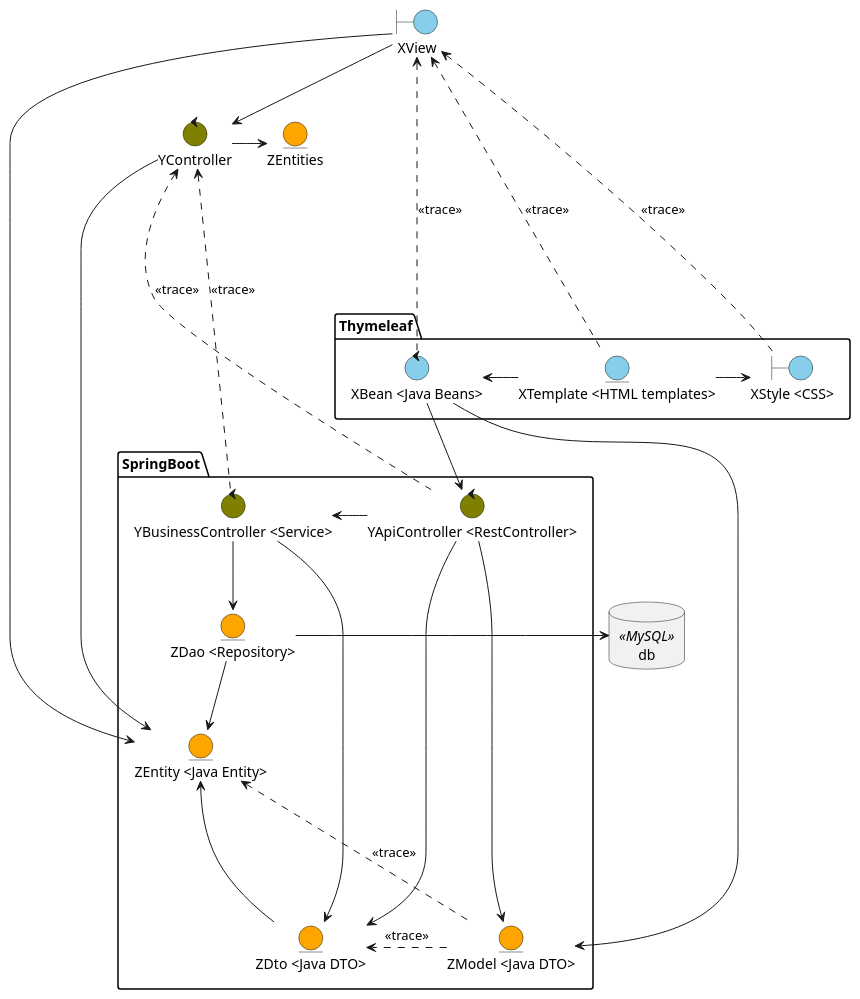
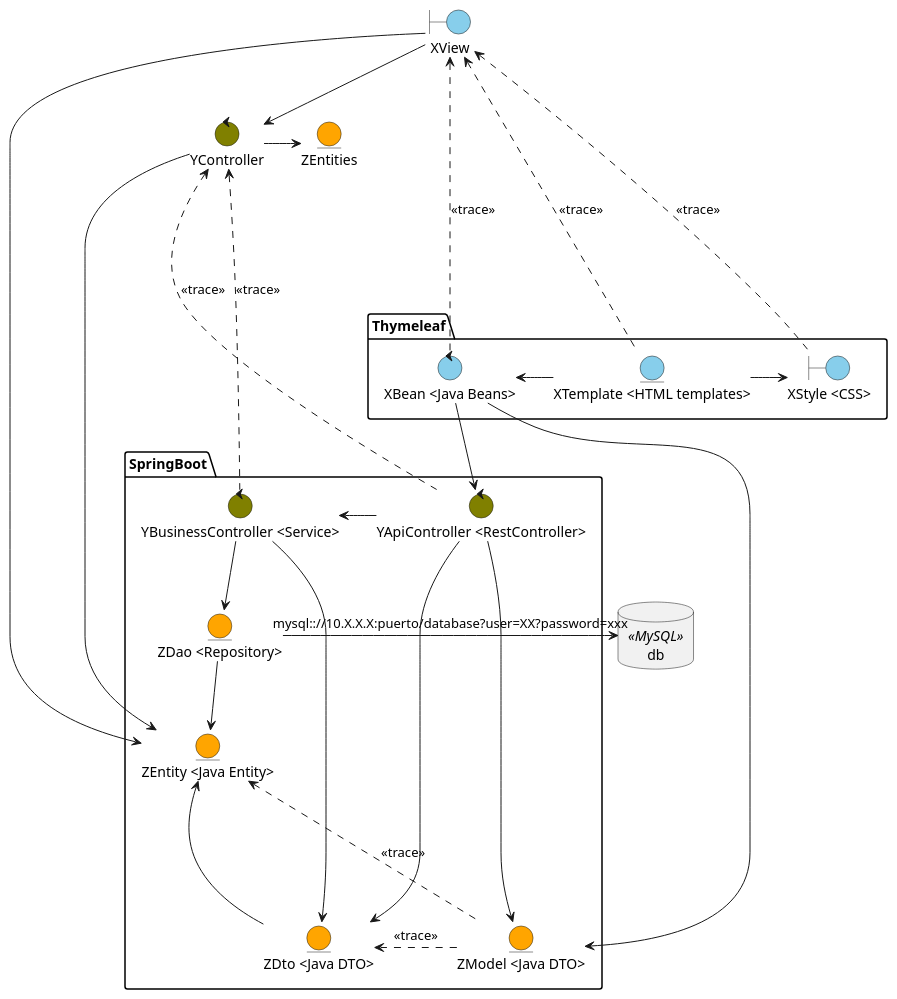
The diagram in documentation/diagrams/2_analysis/useCasesAnalysis/useCasesDesign.puml (zuldare/mastercloud_pfm_halterocms), drawn with PlantUML before and after one commit.

Commit message:
Revisión Luis

```diff
--- a/documentation/diagrams/2_analysis/useCasesAnalysis/useCasesDesign.puml
+++ b/documentation/diagrams/2_analysis/useCasesAnalysis/useCasesDesign.puml
@@ -1,77 +1,72 @@
 @startuml
 'left to right direction
 
 boundary XView #skyblue
 control YController #olive
 entity ZEntities #orange
 
 
 package Thymeleaf {
   entity "XTemplate <HTML templates>" as template #skyblue
   boundary "XStyle <CSS>" as css #skyblue
   control "XBean <Java Beans>" as javaBean #skyblue
 }
 
 package SpringBoot {
 
 '  control "YResource <API REST>  HAY QUE BORRARLO" as apiRest #olive
   control "YApiController <RestController>" as apiController #olive
   control "YBusinessController <Service>" as service  #olive
 
-' AQUI HAY QUE MODIFICAR BIEN ¿Cúal es el dto de entrada
   entity "ZModel <Java DTO>" as zModel #orange
   entity "ZDto <Java DTO>" as zDto #orange
   entity "ZDao <Repository>" as zDao #orange
   entity "ZEntity <Java Entity>" as zEntity #orange
 }
 
 database db <<MySQL>>
+' PREGUNTAR A LUIS EL XQ PONERLO EN EL DIAGRAMA
 ' añadirle propiedades de la base de datos pass, users, database name
 ' pintar una request de entrada e
 ' pintar una response de salida
 
 
 javaBean --> apiController
 XView --right---> YController
 YController ---right--> ZEntities
 
-zDao -right--> db
+zDao -right--> db : "mysql:://10.X.X.X:puerto/database?user=XX?password=xxx"
 
 apiController --> zModel
 
 css <-left- template
 template -right-> javaBean
-
-
 
 
 XView <.... template : <<trace>>
 XView <.... css : <<trace>>
 XView <.... javaBean : <<trace>>
 
 
 
 YController <.... apiController : <<trace>>
 YController <.... service : <<trace>>
 
-'apiRest ..right..> apiController : <<trace>>
 apiController -right--> service
 
 
 
 XView -down-> zEntity
-YController -----> zEntity
+YController -> zEntity
 
 zModel ..up.> zEntity : <<trace>>
 zModel ..right.> zDto: <<trace>>
-'zDto ..up.> ZEntities: <<trace>>
 zEntity <-- zDto
 zDao --> zEntity
 service --> zDto
 
-'apiRest --> zModel
 apiController --down-> zDto
 service --> zDao
 javaBean --> zModel
 
 @enduml
```
